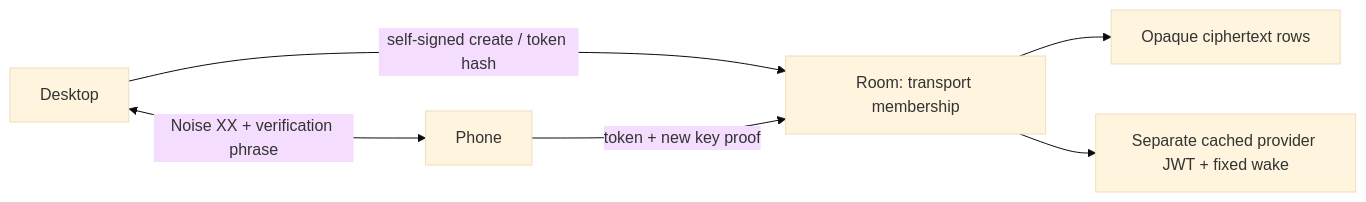
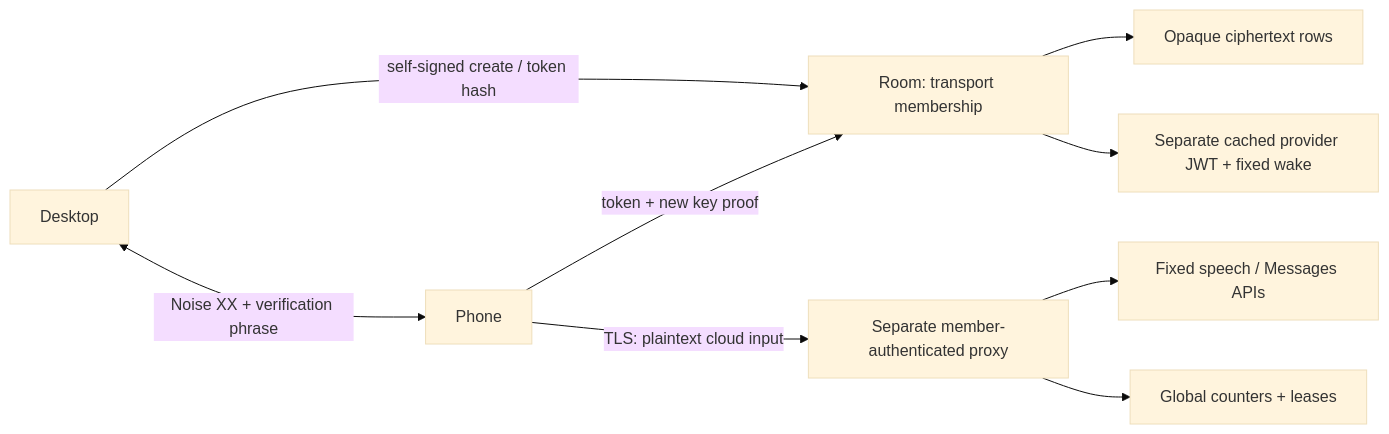
One commit to Harwasch/voiceremote changed the diagram in SW/relay/SECURITY.md. Above: the diagram before and after it, drawn with Mermaid (base theme). The commit also changed other lines of this file and 14 other files, not shown here.

Commit message:
SW: relay proxy for cloud speech and Claude

````diff
--- a/SW/relay/SECURITY.md
+++ b/SW/relay/SECURITY.md
@@ -3,8 +3,11 @@
 ```mermaid
 flowchart LR
   Desktop -->|self-signed create / token hash| Room[Room: transport membership]
   Phone -->|token + new key proof| Room
   Desktop <-->|Noise XX + verification phrase| Phone
+  Phone -->|TLS: plaintext cloud input| Proxy[Separate member-authenticated proxy]
+  Proxy --> Vendors[Fixed speech / Messages APIs]
+  Proxy --> Budget[Global counters + leases]
   Room --> Queue[Opaque ciphertext rows]
   Room --> Wake[Separate cached provider JWT + fixed wake]
 ```
````
